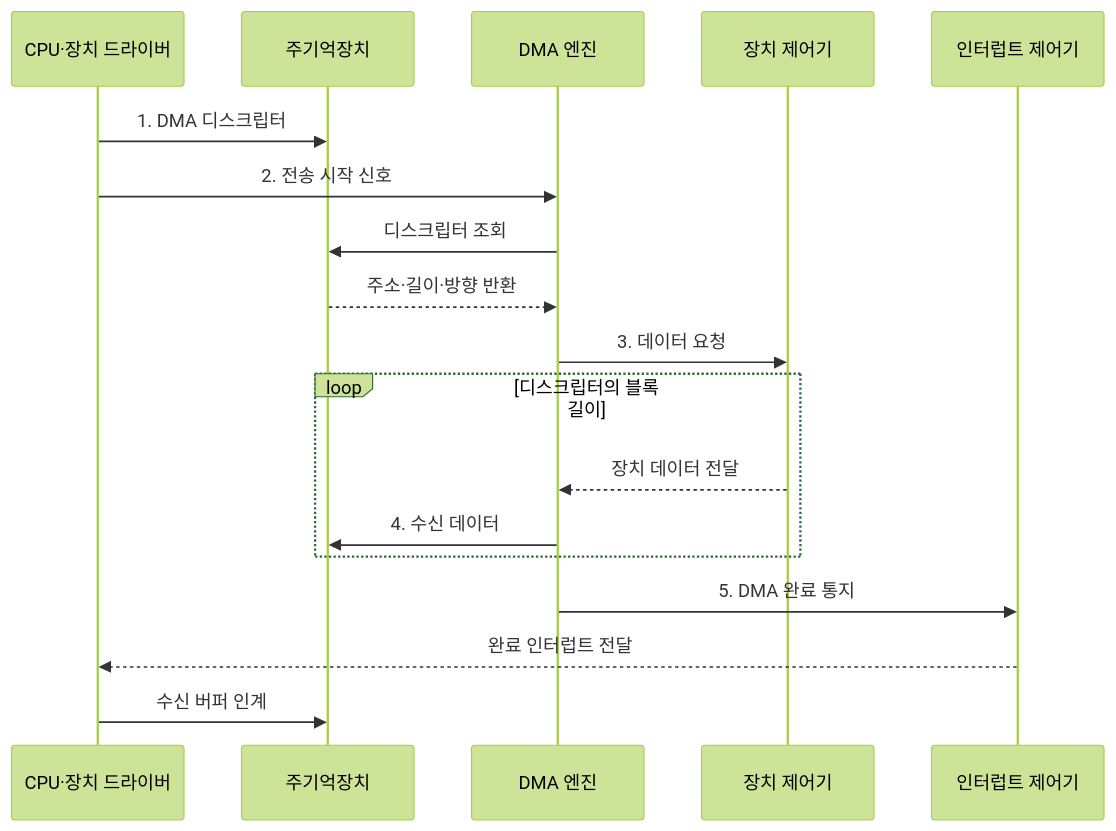
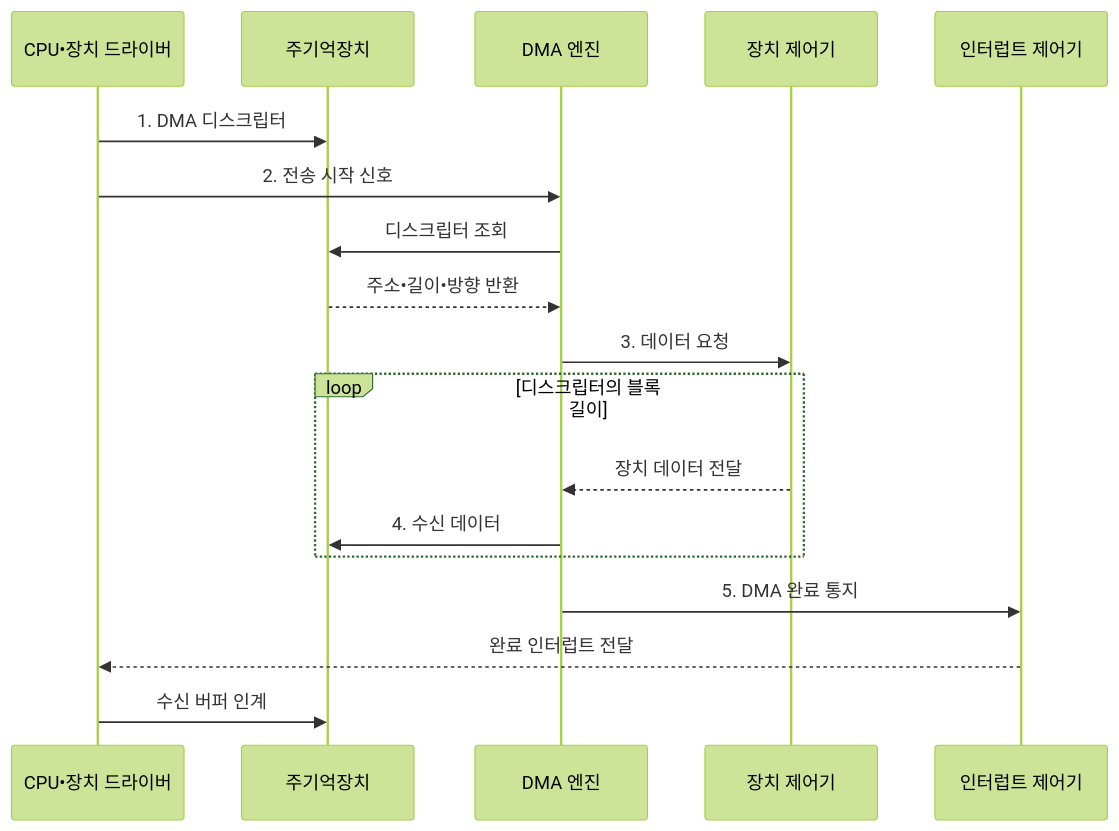
Before and after one commit to agnusdei1207/knowledge-base: the second of 2 diagrams in src/content/docs/notes/02-hardware/033_io_interface.md, drawn with Mermaid (forest theme). The commit also changed other lines of this file and 953 other files, not shown here.

````diff
--- a/src/content/docs/notes/02-hardware/033_io_interface.md
+++ b/src/content/docs/notes/02-hardware/033_io_interface.md
@@ -100,21 +100,21 @@
 ```mermaid
 sequenceDiagram
-    participant C as CPU·장치 드라이버
+    participant C as CPU•장치 드라이버
     participant M as 주기억장치
     participant E as DMA 엔진
     participant D as 장치 제어기
     participant I as 인터럽트 제어기
 
     C->>M: 1. DMA 디스크립터
     C->>E: 2. 전송 시작 신호
     E->>M: 디스크립터 조회
-    M-->>E: 주소·길이·방향 반환
+    M-->>E: 주소•길이•방향 반환
     E->>D: 3. 데이터 요청
     loop 디스크립터의 블록 길이
         D-->>E: 장치 데이터 전달
         E->>M: 4. 수신 데이터
     end
     E->>I: 5. DMA 완료 통지
     I-->>C: 완료 인터럽트 전달
     C->>M: 수신 버퍼 인계
 ```
````
